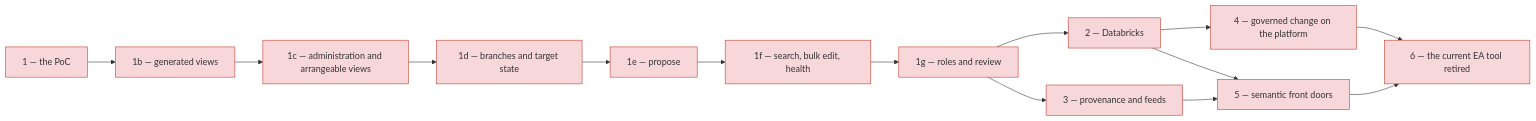
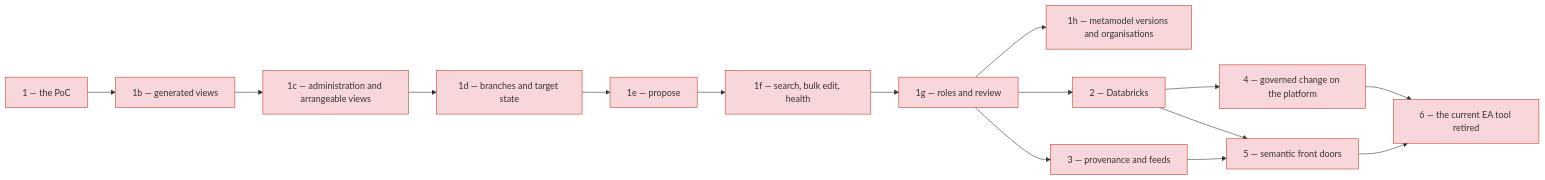
The second of 3 diagrams in architecture/6_transition/2_sequence.md (roanboc/dbx-enterprise-architecture), drawn with Mermaid before and after one commit. The commit also changed other lines of this file and 91 other files, not shown here.

First line of the commit message:
feat: metamodel versions and organisations (initiative 15)

````diff
--- a/architecture/6_transition/2_sequence.md
+++ b/architecture/6_transition/2_sequence.md
@@ -22,25 +22,26 @@
 ```mermaid
 flowchart LR
   s1["1 — the PoC"]:::implementation
   s1b["1b — generated views"]:::implementation
   s1c["1c — administration and arrangeable views"]:::implementation
   s1d["1d — branches and target state"]:::implementation
   s1e["1e — propose"]:::implementation
   s1f["1f — search, bulk edit, health"]:::implementation
   s1g["1g — roles and review"]:::implementation
+  s1h["1h — metamodel versions and organisations"]:::implementation
   s2["2 — Databricks"]:::implementation
   s3["3 — provenance and feeds"]:::implementation
   s4["4 — governed change on the platform"]:::implementation
   s5["5 — semantic front doors"]:::implementation
   s6["6 — the current EA tool retired"]:::implementation
-  s1 --> s1b --> s1c --> s1d --> s1e --> s1f --> s1g
+  s1 --> s1b --> s1c --> s1d --> s1e --> s1f --> s1g --> s1h
   s1g --> s2
   s1g --> s3
   s2 --> s4
   s2 --> s5
   s3 --> s5
   s4 --> s6
   s5 --> s6
 
   classDef implementation fill:#f8d7da,stroke:#c0392b,color:#333
 ```
````
